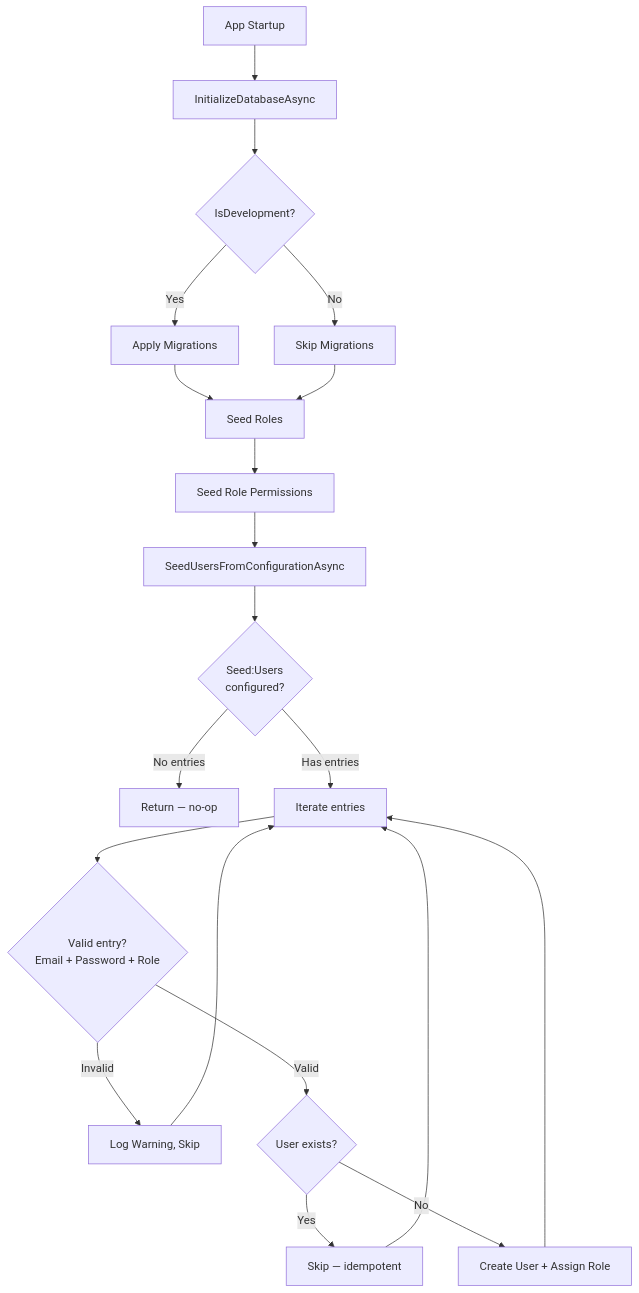
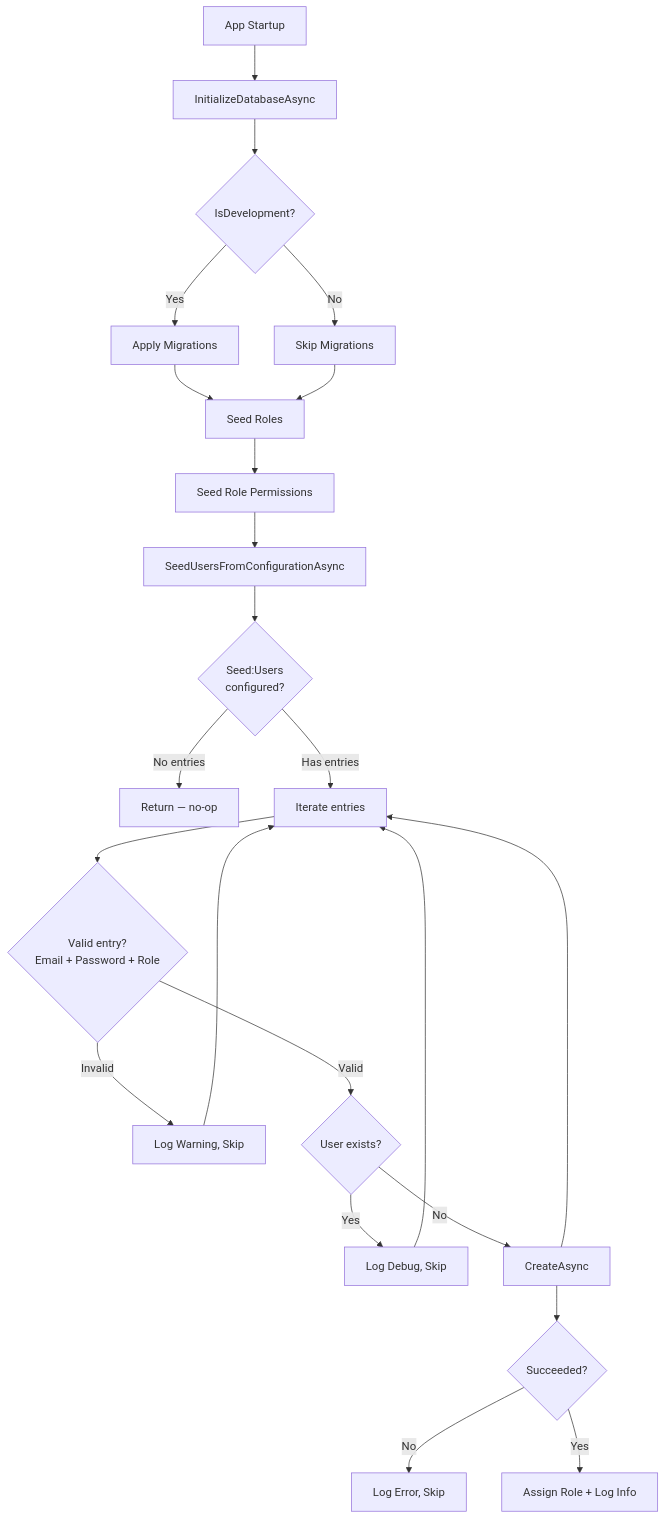
The first of 2 diagrams in docs/sessions/2026-02-23-seed-users-from-env.md (fpindej/netrock), drawn with Mermaid before and after one commit. The commit also changed other lines of this file and 1 other file, not shown here.

Commit message:
fix(seed): check CreateAsync result and reduce log noise
SeedUserAsync now checks IdentityResult from CreateAsync — logs error
with identity error descriptions on failure and skips AddToRoleAsync.
Differentiate log levels: Debug for already-exists (every restart),
Information only when a user is actually created.

````diff
--- a/docs/sessions/2026-02-23-seed-users-from-env.md
+++ b/docs/sessions/2026-02-23-seed-users-from-env.md
@@ -71,22 +72,25 @@
 ```mermaid
 flowchart TD
     A[App Startup] --> B[InitializeDatabaseAsync]
     B --> C{IsDevelopment?}
     C -->|Yes| D[Apply Migrations]
     C -->|No| E[Skip Migrations]
     D --> F[Seed Roles]
     E --> F
     F --> G[Seed Role Permissions]
     G --> H[SeedUsersFromConfigurationAsync]
     H --> I{Seed:Users<br/>configured?}
     I -->|No entries| J[Return — no-op]
     I -->|Has entries| K[Iterate entries]
     K --> L{Valid entry?<br/>Email + Password + Role}
     L -->|Invalid| M[Log Warning, Skip]
     L -->|Valid| N{User exists?}
-    N -->|Yes| O[Skip — idempotent]
-    N -->|No| P[Create User + Assign Role]
+    N -->|Yes| O[Log Debug, Skip]
+    N -->|No| P[CreateAsync]
+    P --> Q{Succeeded?}
+    Q -->|No| R[Log Error, Skip]
+    Q -->|Yes| S[Assign Role + Log Info]
     M --> K
     O --> K
     P --> K
 ```
````
